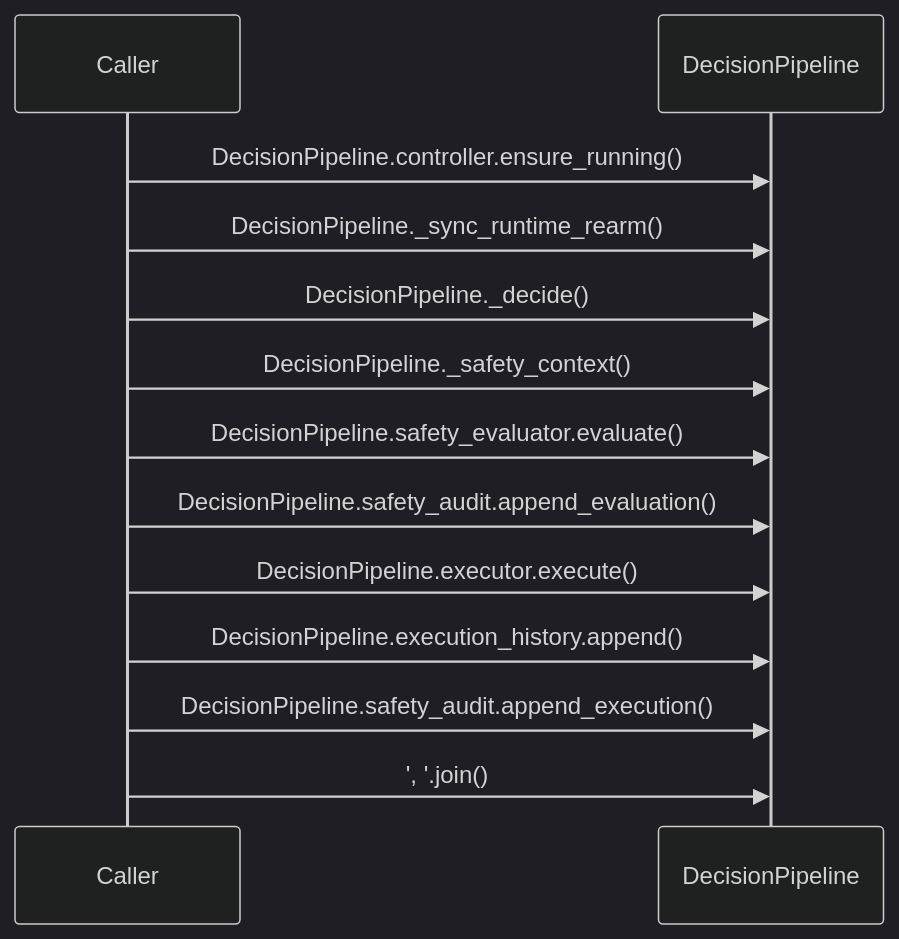
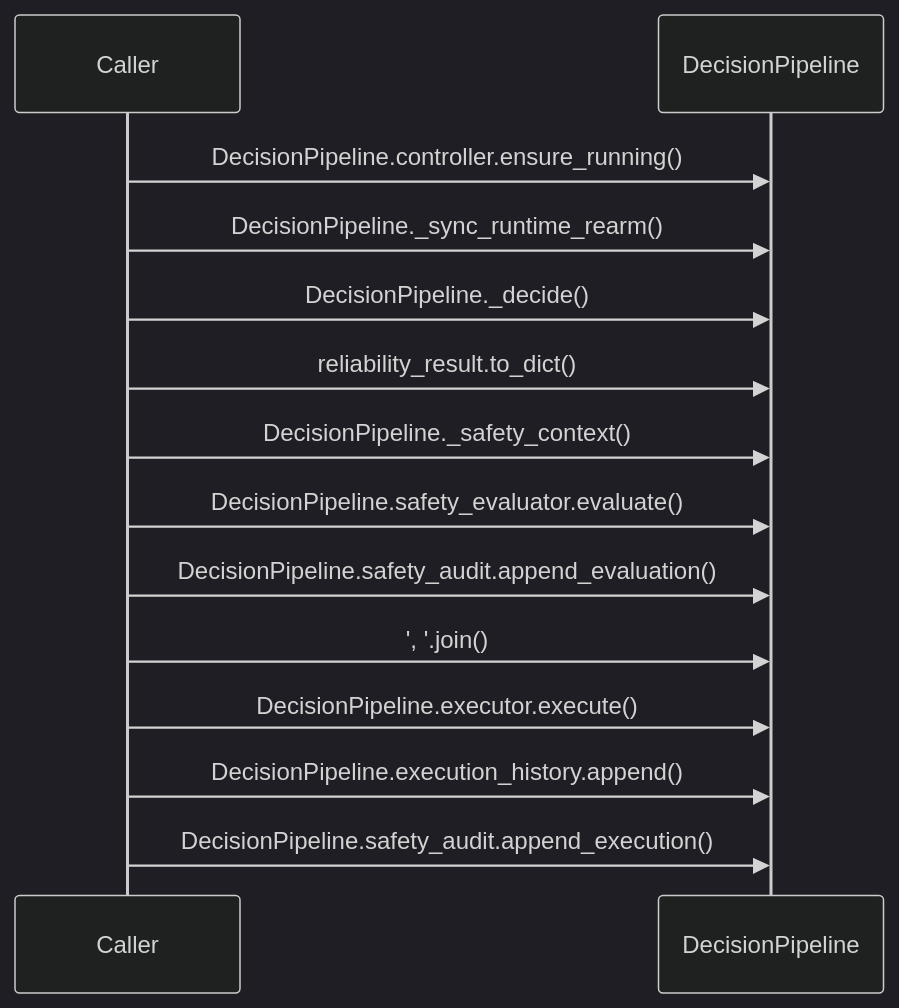
One commit to tomiya7688/AI_game_player changed the diagram in doc/sequence_diagram.mmd. Above: the diagram before and after it, drawn with Mermaid (dark theme). The commit also changed 16 other files, not shown here.

```diff
--- a/doc/sequence_diagram.mmd
+++ b/doc/sequence_diagram.mmd
@@ -1,13 +1,14 @@
 sequenceDiagram
     participant caller as Caller
     participant target as DecisionPipeline
     caller->>target: DecisionPipeline.controller.ensure_running()
     caller->>target: DecisionPipeline._sync_runtime_rearm()
     caller->>target: DecisionPipeline._decide()
+    caller->>target: reliability_result.to_dict()
     caller->>target: DecisionPipeline._safety_context()
     caller->>target: DecisionPipeline.safety_evaluator.evaluate()
     caller->>target: DecisionPipeline.safety_audit.append_evaluation()
+    caller->>target: ', '.join()
     caller->>target: DecisionPipeline.executor.execute()
     caller->>target: DecisionPipeline.execution_history.append()
     caller->>target: DecisionPipeline.safety_audit.append_execution()
-    caller->>target: ', '.join()
```
